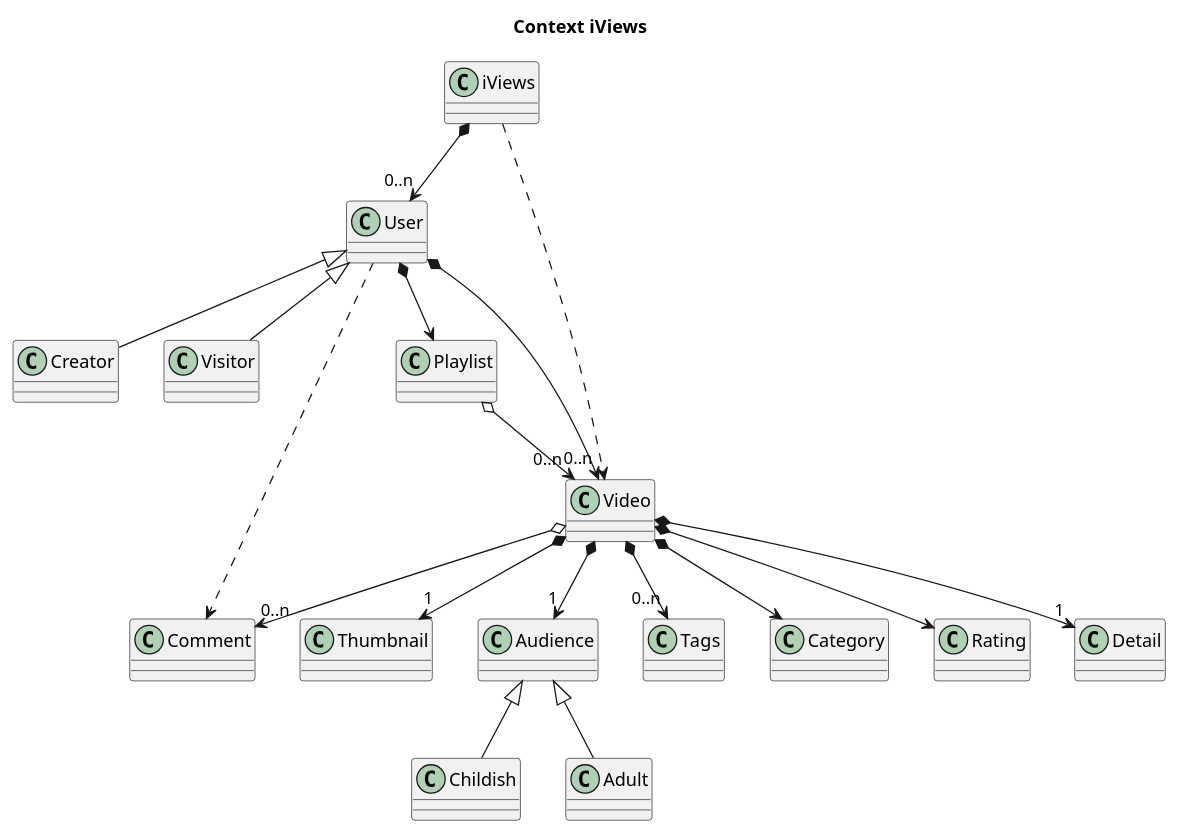
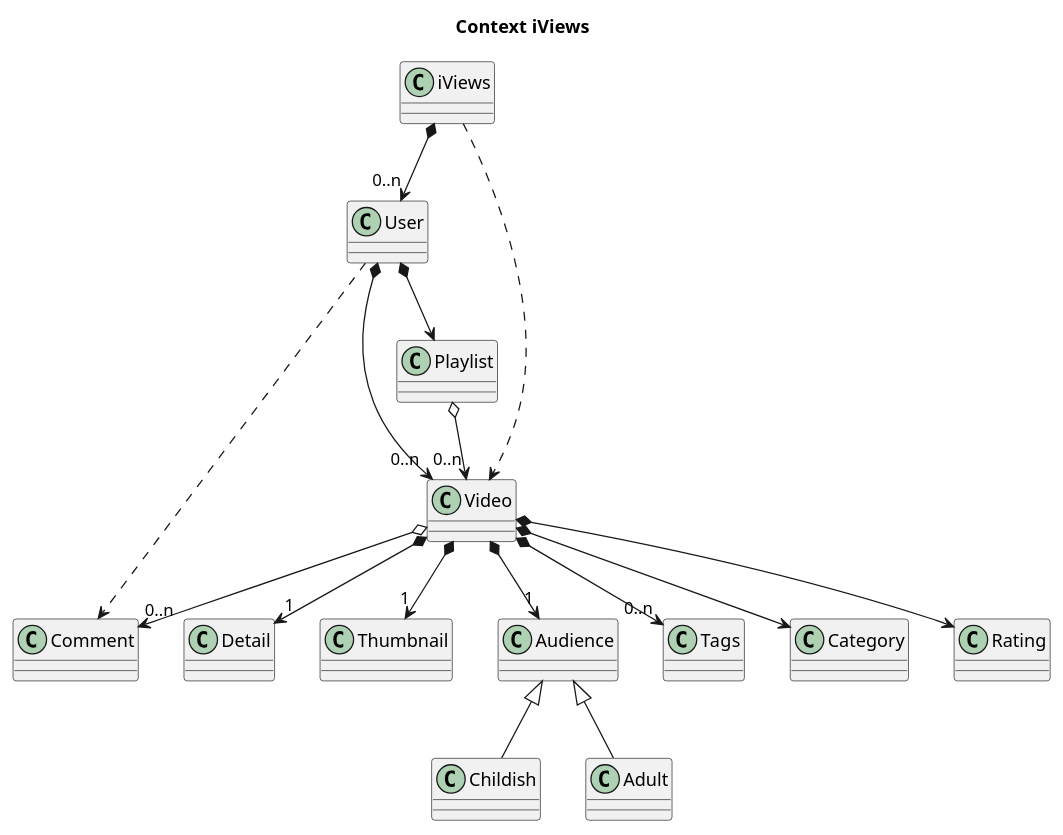
Before and after one commit to franpaulinoinfante/MasterSoftwareDevelopment: the diagram in src/YouViews/YouViewsContext.plantuml, drawn with PlantUML. The commit also changed 14 other files, not shown here.

```diff
--- a/src/YouViews/YouViewsContext.plantuml
+++ b/src/YouViews/YouViewsContext.plantuml
@@ -1,26 +1,24 @@
 @startuml YouViewContext
 title Context iViews
 
 iViews *--> "0..n" User
 iViews ..> Video
 
-User <|-- Creator
-User <|-- Visitor
 User *--> "0..n" Video
 User ..> Comment
 User *--> Playlist
 
 Video *--> "1" Detail
 Video *--> "1" Thumbnail
 Video *--> "1" Audience
 Video o--> "0..n" Comment
 Video *--> "0..n" Tags
 Video *--> Category
 Video *--> Rating
 
 Playlist o--> "0..n" Video
 
 Audience <|-- Childish
 Audience <|-- Adult
 
 @enduml
```
